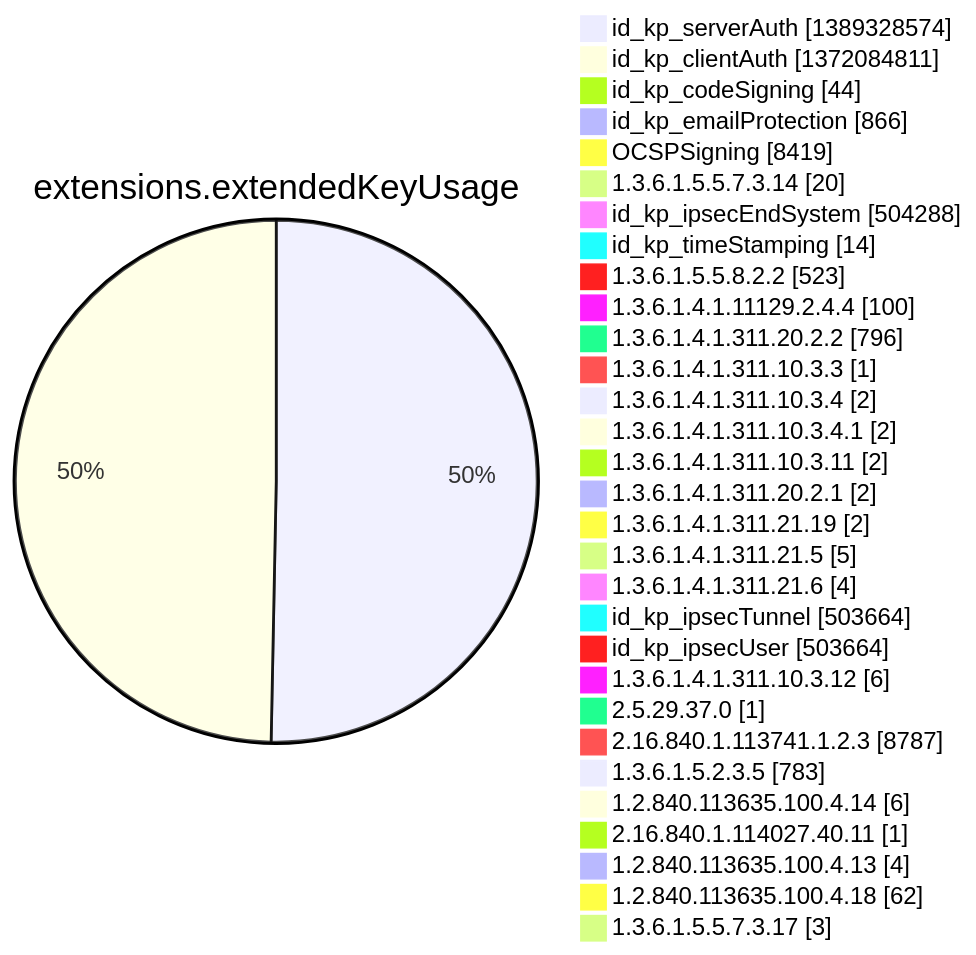
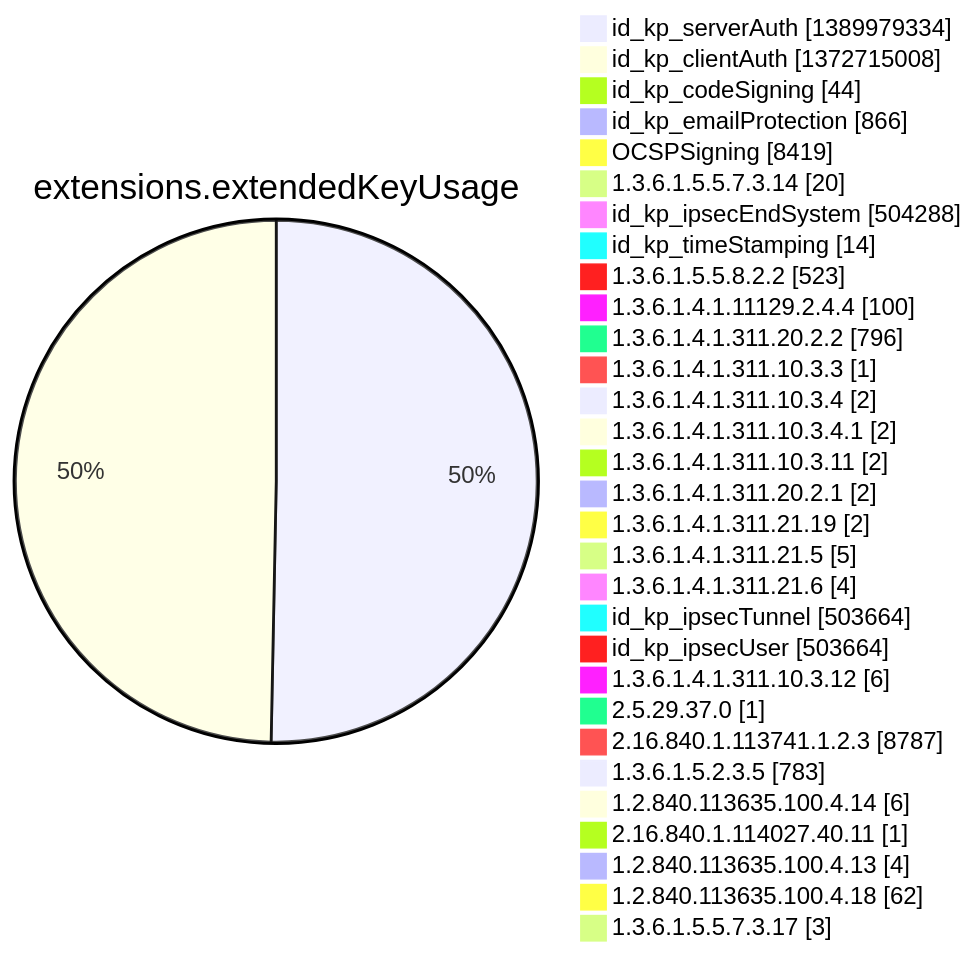
One commit to christiankrug/ctmonitor_visualization changed diagram 12 of 15 in argon2022/README.md. Above: the diagram before and after it, drawn with Mermaid. The commit also changed other lines of this file, not shown here.

````diff
--- a/argon2022/README.md
+++ b/argon2022/README.md
@@ -3554,34 +3554,34 @@
 ```mermaid
 pie showData
 title extensions.extendedKeyUsage
-"id_kp_serverAuth" :1389328574
-"id_kp_clientAuth" :1372084811
+"id_kp_serverAuth" :1389979334
+"id_kp_clientAuth" :1372715008
 "id_kp_codeSigning" :44
 "id_kp_emailProtection" :866
 "OCSPSigning" :8419
 "1.3.6.1.5.5.7.3.14" :20
 "id_kp_ipsecEndSystem" :504288
 "id_kp_timeStamping" :14
 "1.3.6.1.5.5.8.2.2" :523
 "1.3.6.1.4.1.11129.2.4.4" :100
 "1.3.6.1.4.1.311.20.2.2" :796
 "1.3.6.1.4.1.311.10.3.3" :1
 "1.3.6.1.4.1.311.10.3.4" :2
 "1.3.6.1.4.1.311.10.3.4.1" :2
 "1.3.6.1.4.1.311.10.3.11" :2
 "1.3.6.1.4.1.311.20.2.1" :2
 "1.3.6.1.4.1.311.21.19" :2
 "1.3.6.1.4.1.311.21.5" :5
 "1.3.6.1.4.1.311.21.6" :4
 "id_kp_ipsecTunnel" :503664
 "id_kp_ipsecUser" :503664
 "1.3.6.1.4.1.311.10.3.12" :6
 "2.5.29.37.0" :1
 "2.16.840.1.113741.1.2.3" :8787
 "1.3.6.1.5.2.3.5" :783
 "1.2.840.113635.100.4.14" :6
 "2.16.840.1.114027.40.11" :1
 "1.2.840.113635.100.4.13" :4
 "1.2.840.113635.100.4.18" :62
 "1.3.6.1.5.5.7.3.17" :3
 ```
````
